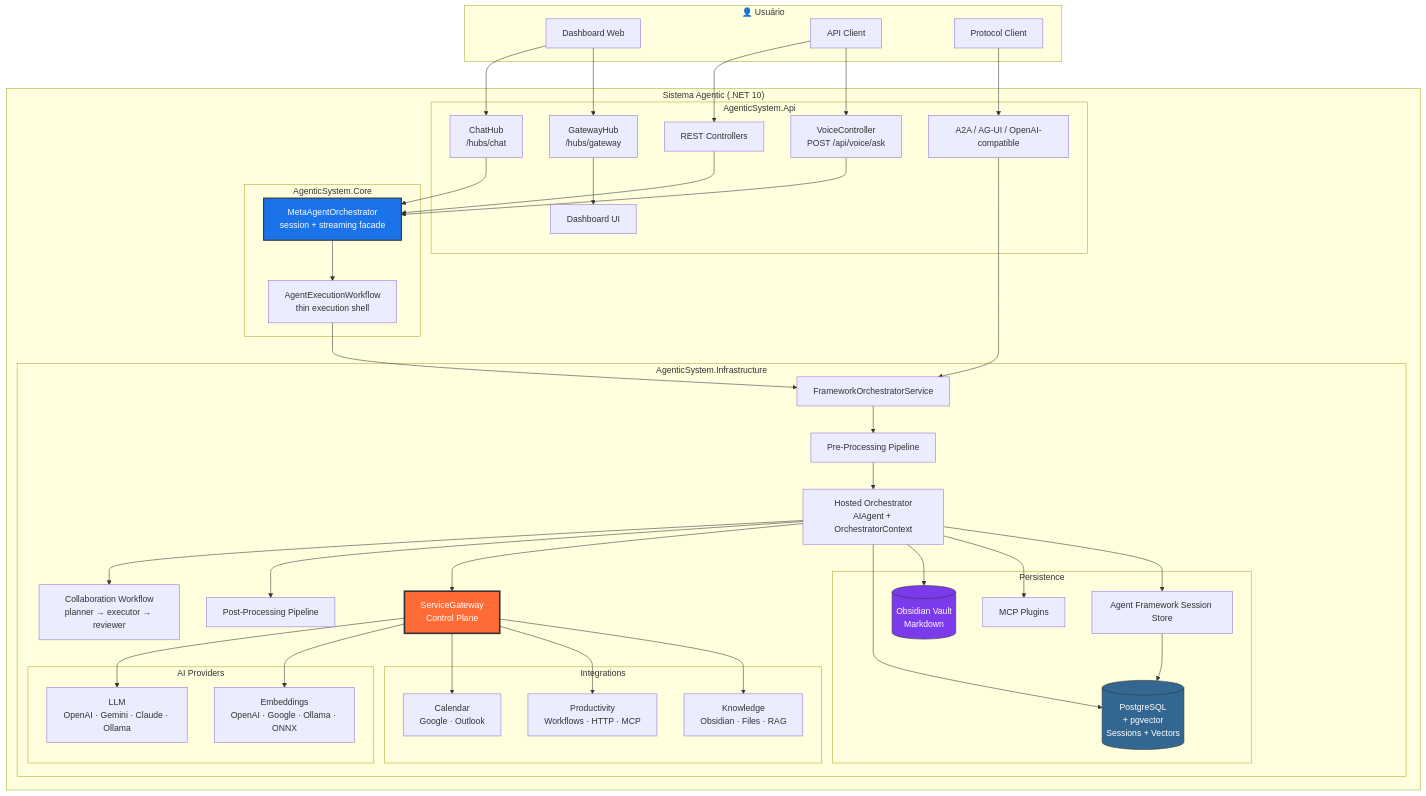
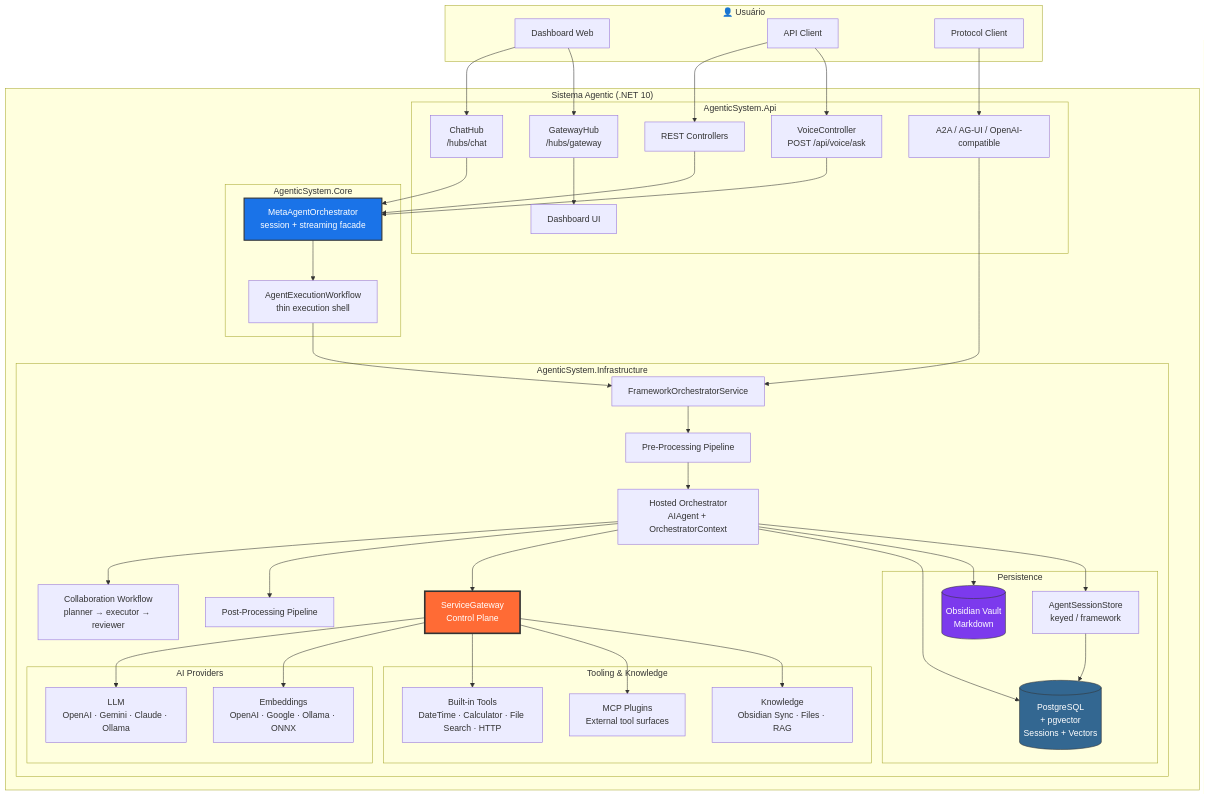
The first of 9 diagrams in docs/architecture/diagrams.md (JonathanBenicio/Agent-System), drawn with Mermaid before and after one commit. The commit also changed other lines of this file and 21 other files, not shown here.

```diff
--- a/docs/architecture/diagrams.md
+++ b/docs/architecture/diagrams.md
@@ -40,17 +40,16 @@
                 EMB["Embeddings<br/>OpenAI · Google · Ollama · ONNX"]
             end
 
-            subgraph Integrations["Integrations"]
-                CAL["Calendar<br/>Google · Outlook"]
-                PROD["Productivity<br/>Workflows · HTTP · MCP"]
-                KNOW["Knowledge<br/>Obsidian · Files · RAG"]
+            subgraph Tooling["Tooling & Knowledge"]
+                BUILTIN["Built-in Tools<br/>DateTime · Calculator · File Search · HTTP"]
+                MCP_EXT["MCP Plugins<br/>External tool surfaces"]
+                KNOW["Knowledge<br/>Obsidian Sync · Files · RAG"]
             end
 
             subgraph Persistence["Persistence"]
                 PG[(PostgreSQL<br/>+ pgvector<br/>Sessions + Vectors)]
                 OBS[(Obsidian Vault<br/>Markdown)]
-                MCP[MCP Plugins]
-                FRAME_SESS[Agent Framework Session Store]
+                FRAME_SESS[AgentSessionStore<br/>keyed / framework]
             end
         end
     end
@@ -76,13 +75,12 @@
 
     GW --> LLM
     GW --> EMB
-    GW --> CAL
-    GW --> PROD
+    GW --> BUILTIN
+    GW --> MCP_EXT
     GW --> KNOW
 
     HOSTED --> PG
     HOSTED --> OBS
-    HOSTED --> MCP
     HOSTED --> FRAME_SESS
     FRAME_SESS --> PG
 
```
